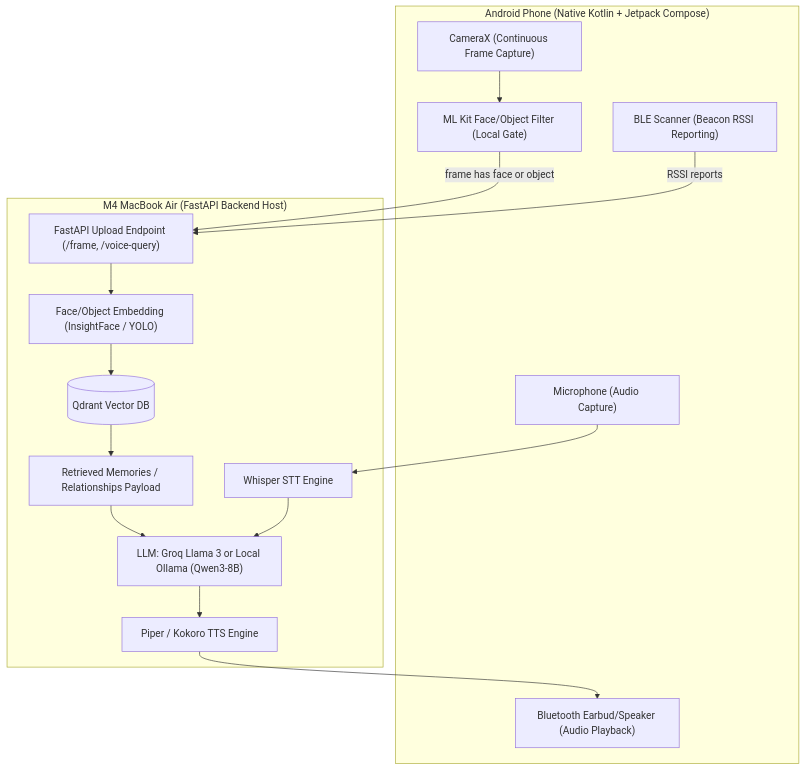
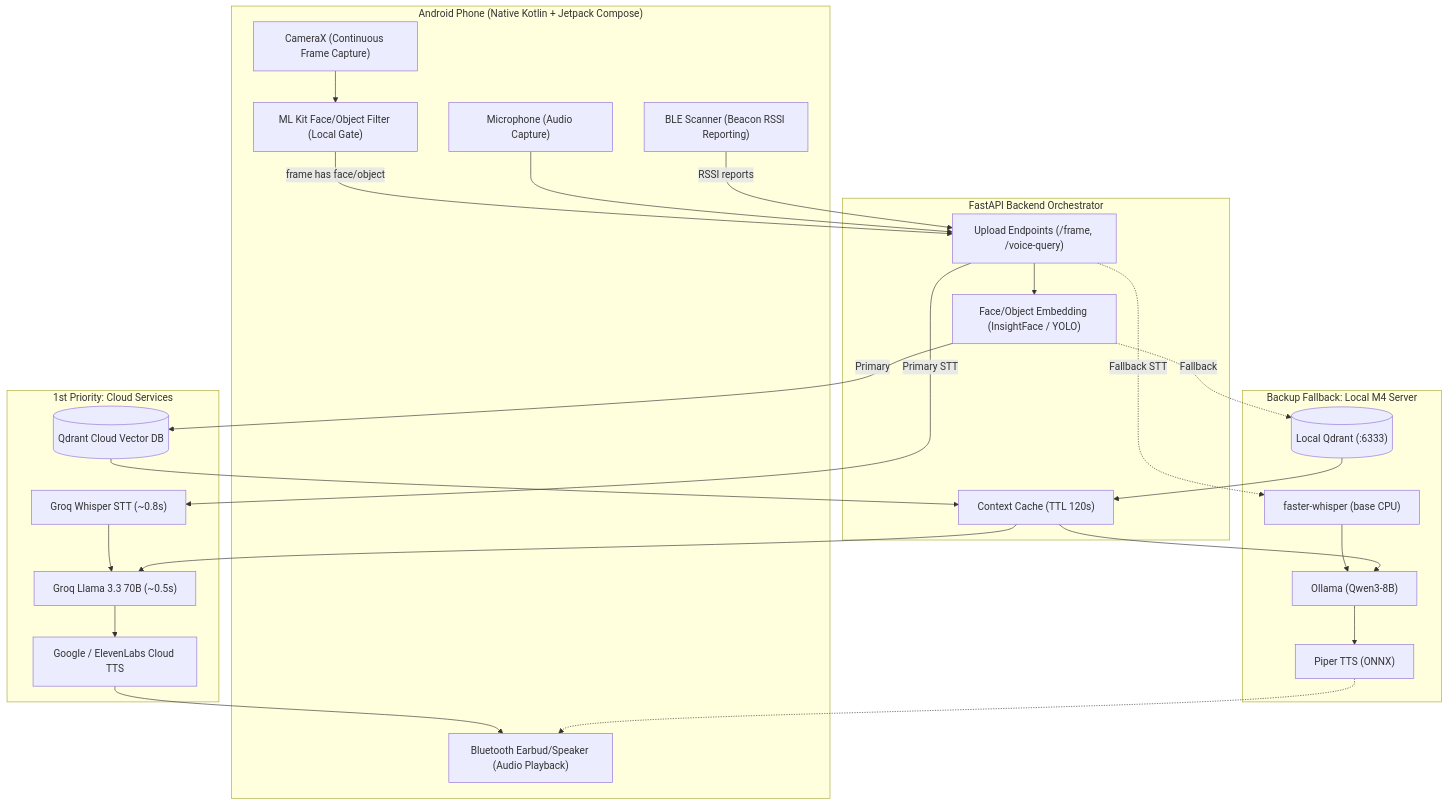
Before and after one commit to Farhan8012/NeuroTwin-: the diagram in NeuroTwin/02 - Architecture Overview.md, drawn with Mermaid. The commit also changed other lines of this file and 65 other files, not shown here.

````diff
--- a/NeuroTwin/02 - Architecture Overview.md
+++ b/NeuroTwin/02 - Architecture Overview.md
@@ -37,32 +47,51 @@
 ```mermaid
 flowchart TD
     subgraph Mobile["Android Phone (Native Kotlin + Jetpack Compose)"]
         CameraX["CameraX (Continuous Frame Capture)"]
         Filter["ML Kit Face/Object Filter (Local Gate)"]
         Mic["Microphone (Audio Capture)"]
         Speaker["Bluetooth Earbud/Speaker (Audio Playback)"]
         BLE["BLE Scanner (Beacon RSSI Reporting)"]
     end
 
-    subgraph Backend["M4 MacBook Air (FastAPI Backend Host)"]
-        Upload["FastAPI Upload Endpoint (/frame, /voice-query)"]
+    subgraph Backend["FastAPI Backend Orchestrator"]
+        Upload["Upload Endpoints (/frame, /voice-query)"]
         Embed["Face/Object Embedding (InsightFace / YOLO)"]
-        Qdrant[("Qdrant Vector DB")]
-        Context["Retrieved Memories / Relationships Payload"]
-        STT["Whisper STT Engine"]
-        LLM["LLM: Groq Llama 3 or Local Ollama (Qwen3-8B)"]
-        TTS["Piper / Kokoro TTS Engine"]
+        Context["Context Cache (TTL 120s)"]
+    end
+
+    subgraph Cloud["1st Priority: Cloud Services"]
+        QdrantCloud[("Qdrant Cloud Vector DB")]
+        GroqSTT["Groq Whisper STT (~0.8s)"]
+        GroqLLM["Groq Llama 3.3 70B (~0.5s)"]
+        CloudTTS["Google / ElevenLabs Cloud TTS"]
+    end
+
+    subgraph LocalM4["Backup Fallback: Local M4 Server"]
+        QdrantLocal[("Local Qdrant (:6333)")]
+        LocalWhisper["faster-whisper (base CPU)"]
+        LocalOllama["Ollama (Qwen3-8B)"]
+        LocalTTS["Piper TTS (ONNX)"]
     end
 
     CameraX --> Filter
-    Filter -- "frame has face or object" --> Upload
+    Filter -- "frame has face/object" --> Upload
     Upload --> Embed
-    Embed --> Qdrant
-    Qdrant --> Context
-    Mic --> STT
-    STT --> LLM
-    Context --> LLM
-    LLM --> TTS
-    TTS --> Speaker
+    Embed -->|"Primary"| QdrantCloud
+    Embed -.->|"Fallback"| QdrantLocal
+    QdrantCloud --> Context
+    QdrantLocal --> Context
+
+    Mic --> Upload
+    Upload -->|"Primary STT"| GroqSTT
+    Upload -.->|"Fallback STT"| LocalWhisper
+    GroqSTT --> GroqLLM
+    LocalWhisper --> LocalOllama
+    Context --> GroqLLM
+    Context --> LocalOllama
+    GroqLLM --> CloudTTS
+    LocalOllama --> LocalTTS
+    CloudTTS --> Speaker
+    LocalTTS -.-> Speaker
     BLE -->|"RSSI reports"| Upload
 ```
````
